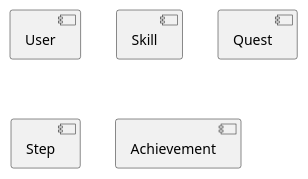
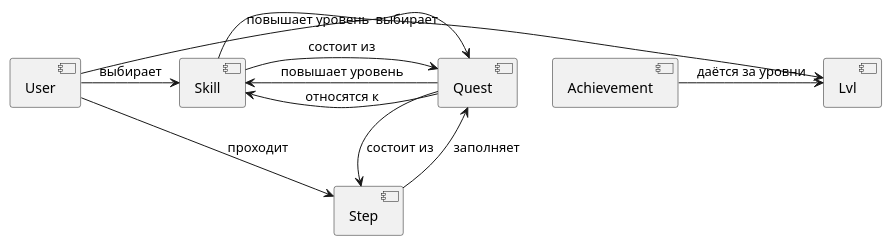
One commit to Nooblisk/levelup changed the diagram in doc/components.puml. Above: the diagram before and after it, drawn with PlantUML.

```diff
--- a/doc/components.puml
+++ b/doc/components.puml
@@ -1,7 +1,12 @@
 @startuml
-[User]
-[Skill]
-[Quest]
-[Step]
-[Achievement]
+[User] -> [Skill]: выбирает
+[User] -> [Quest]: выбирает
+[Quest] -> [Skill]: относятся к
+[Quest] -> [Step]: состоит из
+[User] -> [Step]: проходит
+[Step] --> [Quest]: заполняет
+[Quest] -> [Skill]: повышает уровень
+[Skill] -> [Lvl]: повышает уровень
+[Skill] -> [Quest]: состоит из
+[Achievement] -> [Lvl]: даётся за уровни
 @enduml
```
